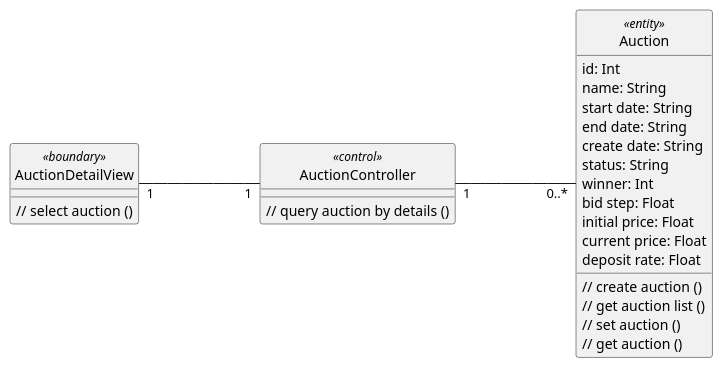
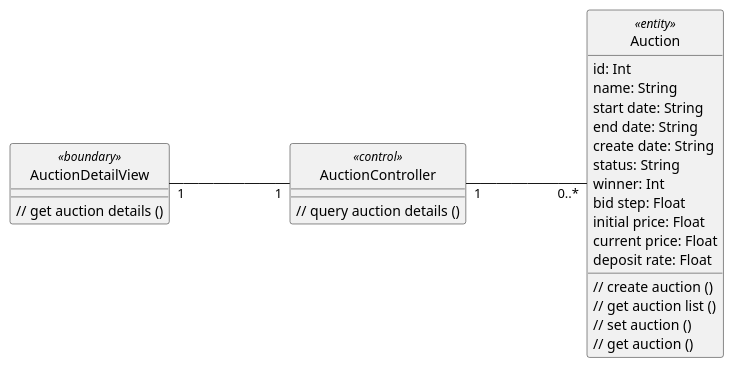
Before and after one commit to anhbanlinhle/velocity-exchange: the diagram in uml/analysis/class/view_auction_information.pu, drawn with PlantUML.

Commit message:
doc[lynn]: fix analysis UC 7

```diff
--- a/uml/analysis/class/view_auction_information.pu
+++ b/uml/analysis/class/view_auction_information.pu
@@ -1,43 +1,43 @@
 @startuml 
 left to right direction
 skinparam classAttributeIconSize 0
 skinparam linetype ortho
 hide circle
 class AuctionDetailView <<boundary>> {
 
-    // select auction ()
+    // get auction details ()
 
     }
 
 class AuctionController <<control>> {
     
-    // query auction by details ()
+    // query auction details ()
 
     }
 
 class Auction <<entity>> {
     id: Int
     name: String
     start date: String
     end date: String
     create date: String
     status: String
     winner: Int
     bid step: Float
     initial price: Float
     current price: Float
     deposit rate: Float
     // create auction ()
     // get auction list ()
     // set auction ()
     // get auction ()
 
     }
 
 
 AuctionDetailView "1" --- "1" AuctionController
 
 AuctionController "1" --- "0..*" Auction
 
 
 @enduml
```
